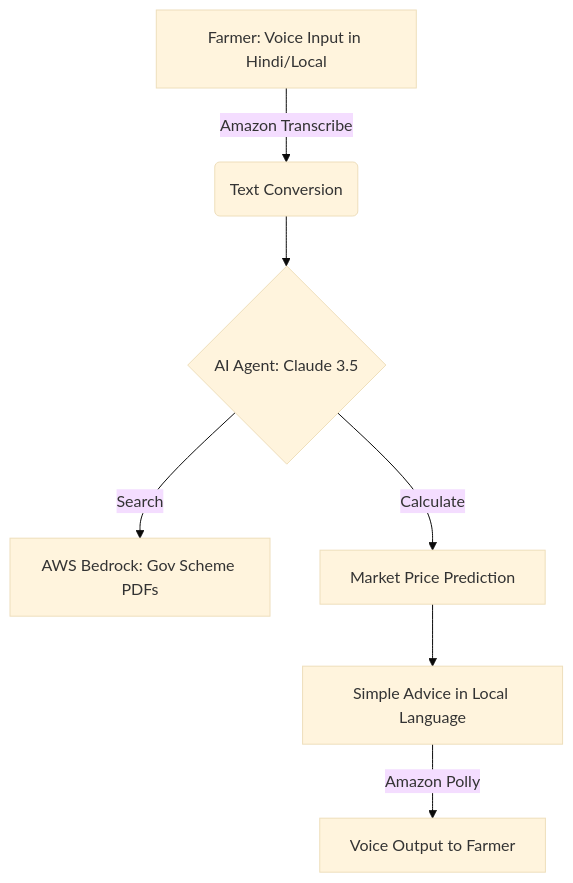
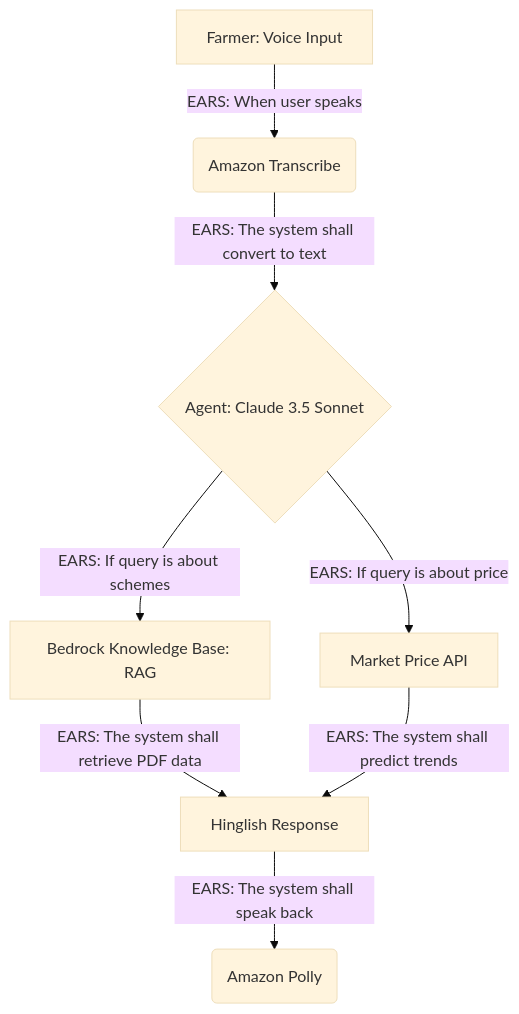
Before and after one commit to Deveshshukla36/AI-for-Bharat-Kisan-Seva: the diagram in requirements.mmd, drawn with Mermaid (base theme).

Commit message:
Revise requirements diagram for AI agent interaction

```diff
--- a/requirements.mmd
+++ b/requirements.mmd
@@ -1,7 +1,8 @@
 graph TD
-    A[Farmer: Voice Input in Hindi/Local] -->|Amazon Transcribe| B(Text Conversion)
-    B --> C{AI Agent: Claude 3.5}
-    C -->|Search| D[AWS Bedrock: Gov Scheme PDFs]
-    C -->|Calculate| E[Market Price Prediction]
-    E --> F[Simple Advice in Local Language]
-    F -->|Amazon Polly| G[Voice Output to Farmer]
+    A[Farmer: Voice Input] -->|EARS: When user speaks| B(Amazon Transcribe)
+    B -->|EARS: The system shall convert to text| C{Agent: Claude 3.5 Sonnet}
+    C -->|EARS: If query is about schemes| D[Bedrock Knowledge Base: RAG]
+    C -->|EARS: If query is about price| E[Market Price API]
+    D -->|EARS: The system shall retrieve PDF data| F[Hinglish Response]
+    E -->|EARS: The system shall predict trends| F
+    F -->|EARS: The system shall speak back| G(Amazon Polly)
```
